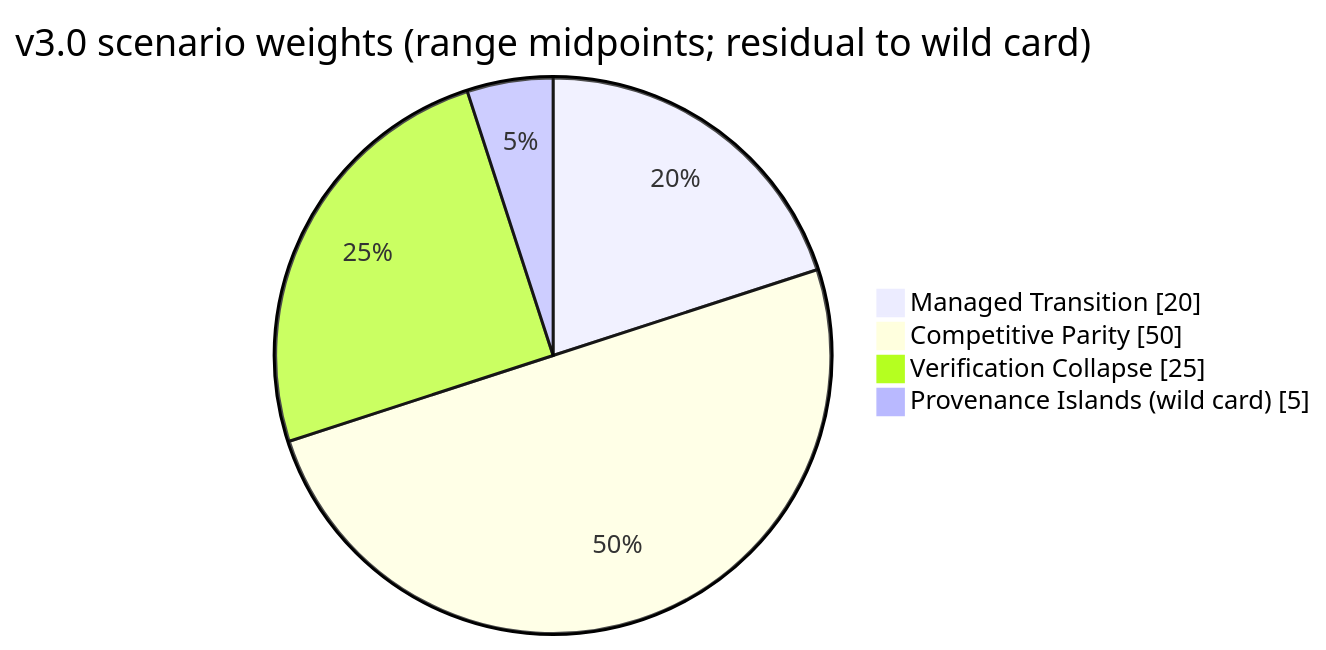
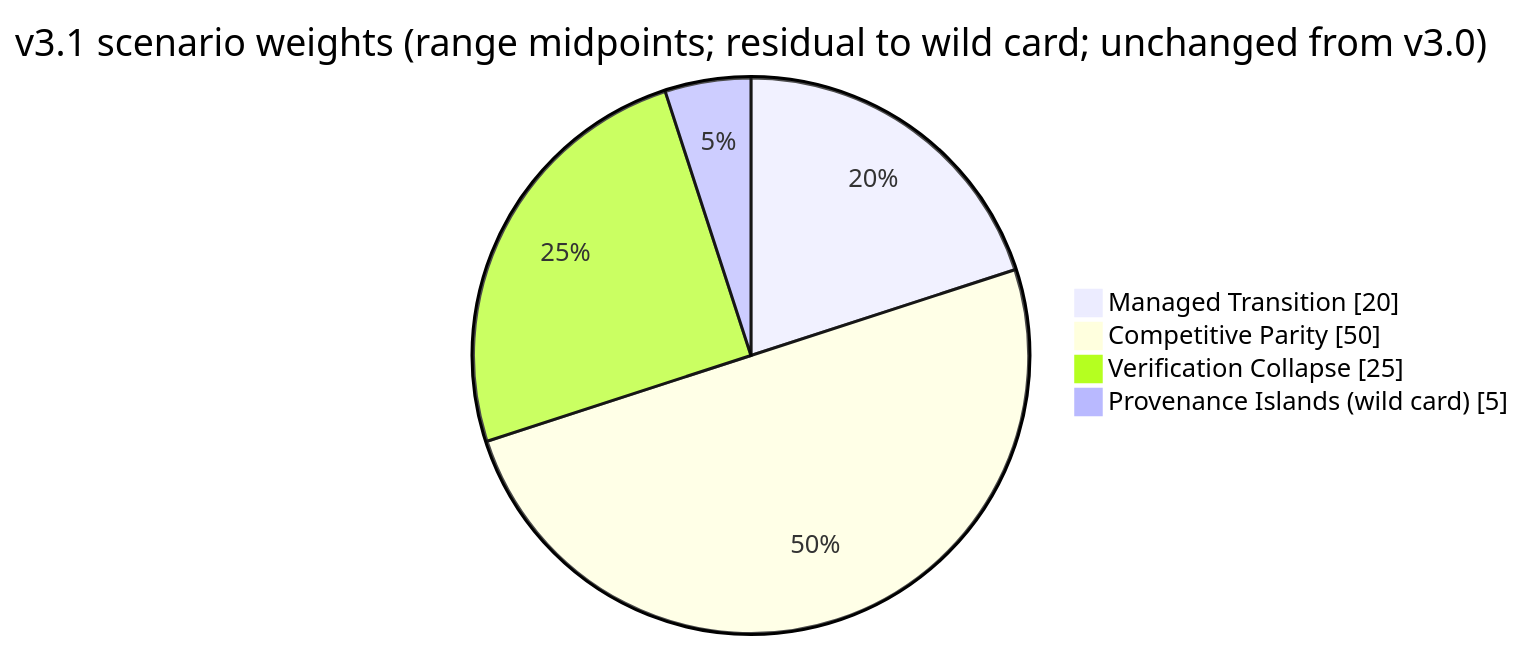
One commit to AndrewAltimit/template-repo changed the ninth of 11 diagrams in docs/projections/ai-agents-institutional-erosion.md. Above: the diagram before and after it, drawn with Mermaid. The commit also changed other lines of this file and 60 other files, not shown here.

````diff
--- a/docs/projections/ai-agents-institutional-erosion.md
+++ b/docs/projections/ai-agents-institutional-erosion.md
@@ -1319,8 +1391,8 @@
 ```mermaid
 pie showData
-    title v3.0 scenario weights (range midpoints; residual to wild card)
+    title v3.1 scenario weights (range midpoints; residual to wild card; unchanged from v3.0)
     "Managed Transition" : 20
     "Competitive Parity" : 50
     "Verification Collapse" : 25
     "Provenance Islands (wild card)" : 5
 ```
````
